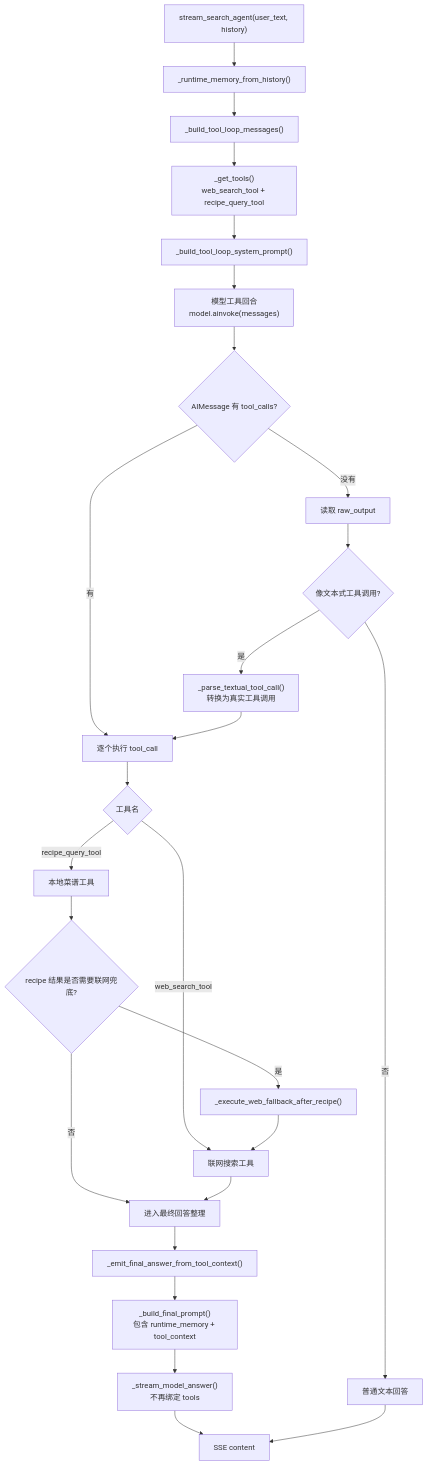
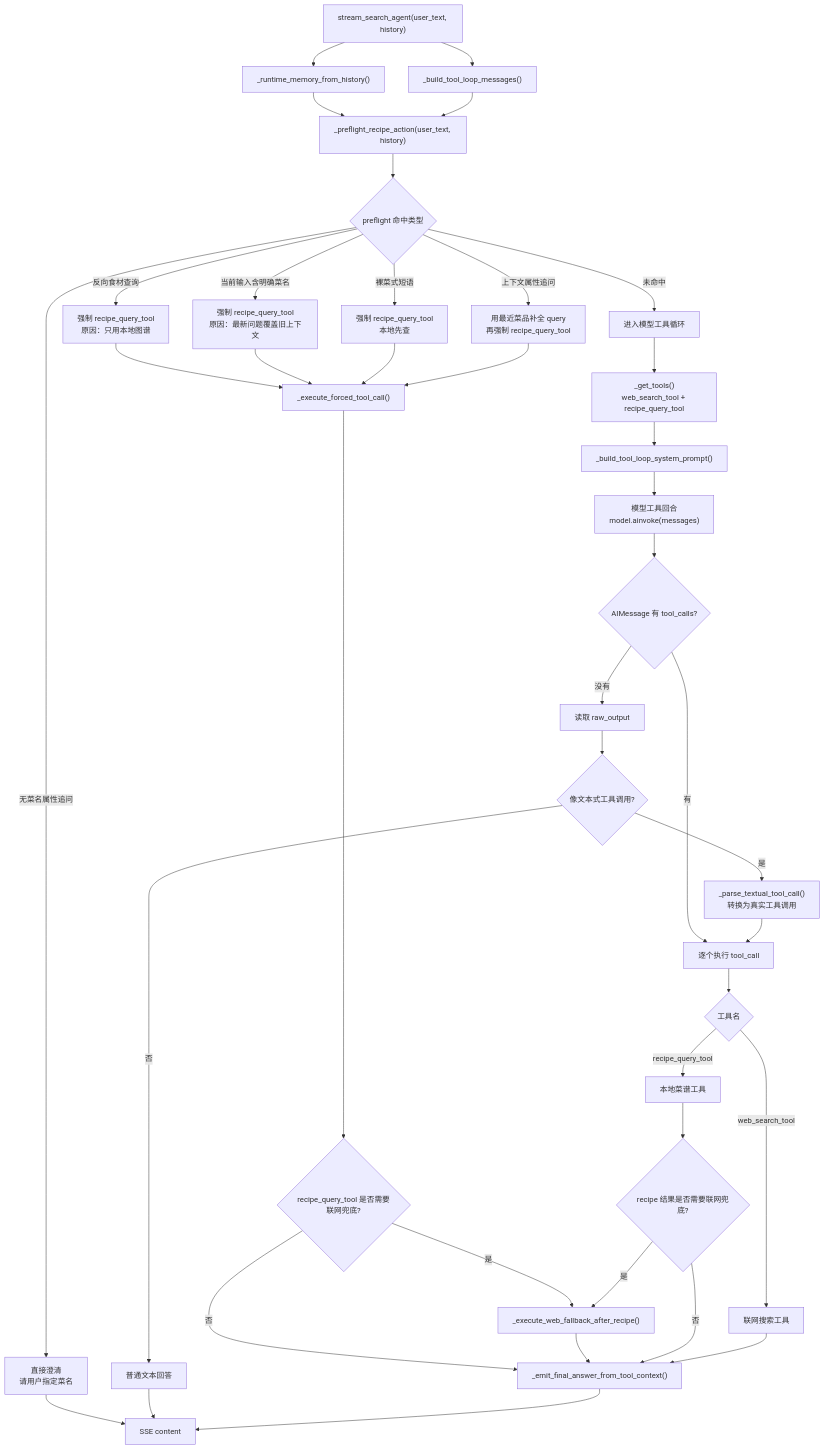
The third of 7 diagrams in doc/USER_MESSAGE_CALL_CHAIN.md (QDcvd/CookGraph), drawn with Mermaid before and after one commit. The commit also changed other lines of this file and 10 other files, not shown here.

````diff
--- a/doc/USER_MESSAGE_CALL_CHAIN.md
+++ b/doc/USER_MESSAGE_CALL_CHAIN.md
@@ -123,31 +139,45 @@
 ```mermaid
 flowchart TD
     A["stream_search_agent(user_text, history)"] --> B["_runtime_memory_from_history()"]
-    B --> C["_build_tool_loop_messages()"]
-    C --> D["_get_tools()<br/>web_search_tool + recipe_query_tool"]
-    D --> E["_build_tool_loop_system_prompt()"]
-    E --> F["模型工具回合<br/>model.ainvoke(messages)"]
+    A --> C["_build_tool_loop_messages()"]
+    B --> D["_preflight_recipe_action(user_text, history)"]
+    C --> D
 
-    F --> G{"AIMessage 有 tool_calls?"}
-    G -->|有| H["逐个执行 tool_call"]
-    G -->|没有| I["读取 raw_output"]
-    I --> J{"像文本式工具调用?"}
-    J -->|是| K["_parse_textual_tool_call()<br/>转换为真实工具调用"]
-    J -->|否| L["普通文本回答"]
-    K --> H
+    D --> E{"preflight 命中类型"}
+    E -->|反向食材查询| F["强制 recipe_query_tool<br/>原因：只用本地图谱"]
+    E -->|当前输入含明确菜名| G["强制 recipe_query_tool<br/>原因：最新问题覆盖旧上下文"]
+    E -->|裸菜式短语| H["强制 recipe_query_tool<br/>本地先查"]
+    E -->|上下文属性追问| I["用最近菜品补全 query<br/>再强制 recipe_query_tool"]
+    E -->|无菜名属性追问| J["直接澄清<br/>请用户指定菜名"]
+    E -->|未命中| K["进入模型工具循环"]
 
-    H --> M{"工具名"}
-    M -->|recipe_query_tool| N["本地菜谱工具"]
-    M -->|web_search_tool| O["联网搜索工具"]
+    F --> L["_execute_forced_tool_call()"]
+    G --> L
+    H --> L
+    I --> L
+    L --> M{"recipe_query_tool 是否需要联网兜底?"}
+    M -->|是| N["_execute_web_fallback_after_recipe()"]
+    M -->|否| O["_emit_final_answer_from_tool_context()"]
+    N --> O
+    J --> P["SSE content"]
 
-    N --> P{"recipe 结果是否需要联网兜底?"}
-    P -->|是| Q["_execute_web_fallback_after_recipe()"]
-    Q --> O
-    P -->|否| R["进入最终回答整理"]
-    O --> R
-    R --> S["_emit_final_answer_from_tool_context()"]
-    S --> T["_build_final_prompt()<br/>包含 runtime_memory + tool_context"]
-    T --> U["_stream_model_answer()<br/>不再绑定 tools"]
-    U --> V["SSE content"]
-    L --> V
+    K --> Q["_get_tools()<br/>web_search_tool + recipe_query_tool"]
+    Q --> R["_build_tool_loop_system_prompt()"]
+    R --> S["模型工具回合<br/>model.ainvoke(messages)"]
+    S --> T{"AIMessage 有 tool_calls?"}
+    T -->|有| U["逐个执行 tool_call"]
+    T -->|没有| V["读取 raw_output"]
+    V --> W{"像文本式工具调用?"}
+    W -->|是| X["_parse_textual_tool_call()<br/>转换为真实工具调用"]
+    W -->|否| Y["普通文本回答"]
+    X --> U
+    U --> Z{"工具名"}
+    Z -->|recipe_query_tool| AA["本地菜谱工具"]
+    Z -->|web_search_tool| AB["联网搜索工具"]
+    AA --> AC{"recipe 结果是否需要联网兜底?"}
+    AC -->|是| N
+    AC -->|否| O
+    AB --> O
+    Y --> P
+    O --> P
 ```
````
